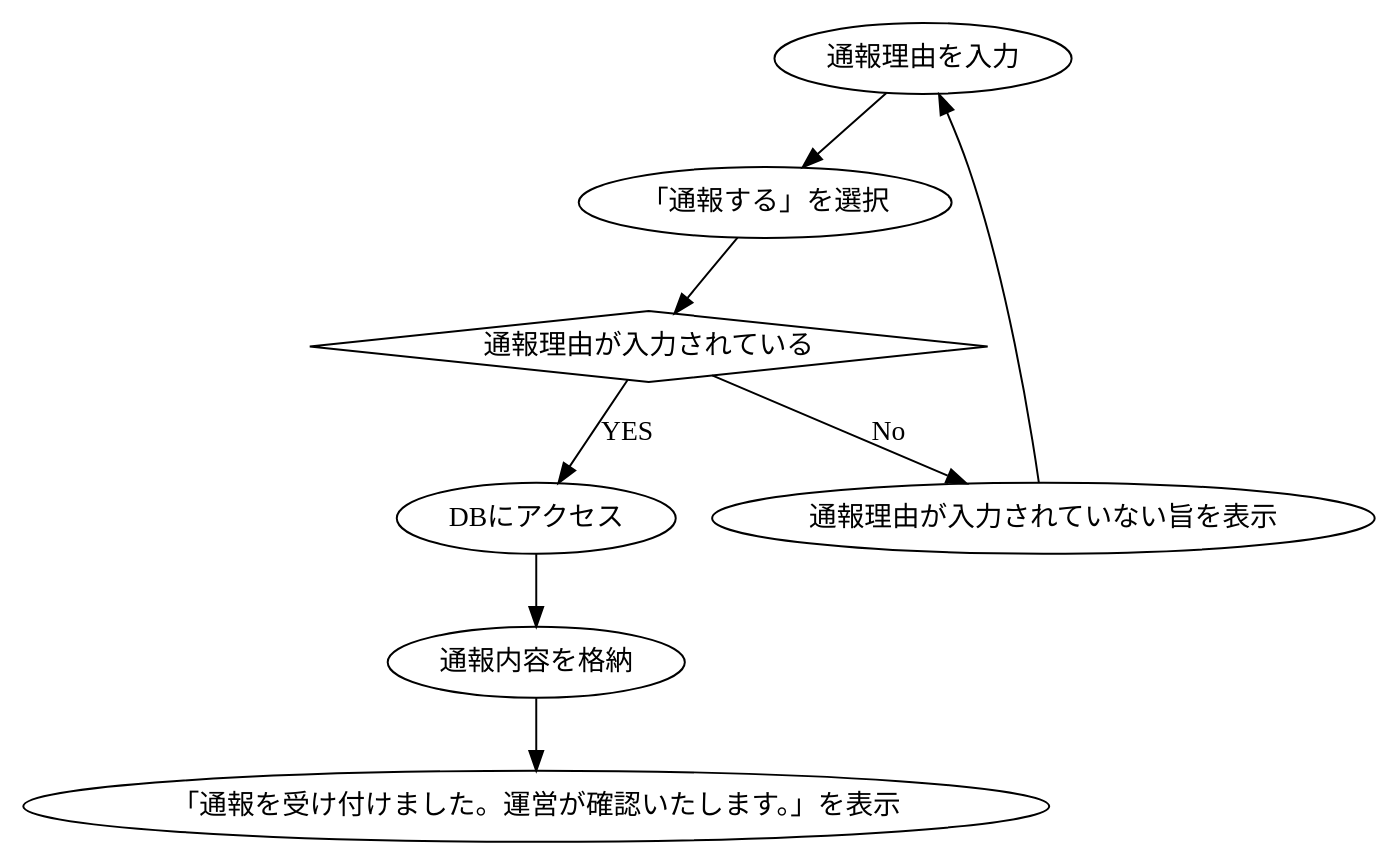
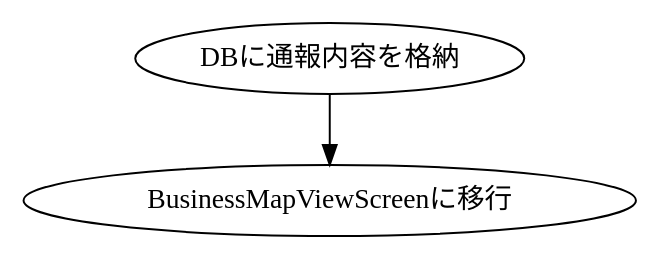
One commit to KUT-Group12/internal_design changed the diagram in dot/iwamura/BusinessInputReportInformation.dot. Above: the diagram before and after it, drawn with Graphviz. The commit also changed 9 other files, not shown here.

```diff
--- a/dot/iwamura/BusinessInputReportInformation.dot
+++ b/dot/iwamura/BusinessInputReportInformation.dot
@@ -1,19 +1,8 @@
 digraph G {
     #include "style.doth"
 
-    input[label = "通報理由を入力"]
-    serect[label = "「通報する」を選択"]
-    check[label = "通報理由が入力されている", shape = diamond]
-    no[label = "通報理由が入力されていない旨を表示"]
-    db[label = "DBにアクセス"]
-    store[label = "通報内容を格納"]
-    display[label = "「通報を受け付けました。運営が確認いたします。」を表示"]
+    store[label = "DBに通報内容を格納"]
+    view[label = "BusinessMapViewScreenに移行"]
 
-    input -> serect
-    serect -> check
-    check -> no [label = "No"]
-    no -> input
-    check -> db [label = "YES"]
-    db -> store
-    store -> display
+    store -> view
 }
```
